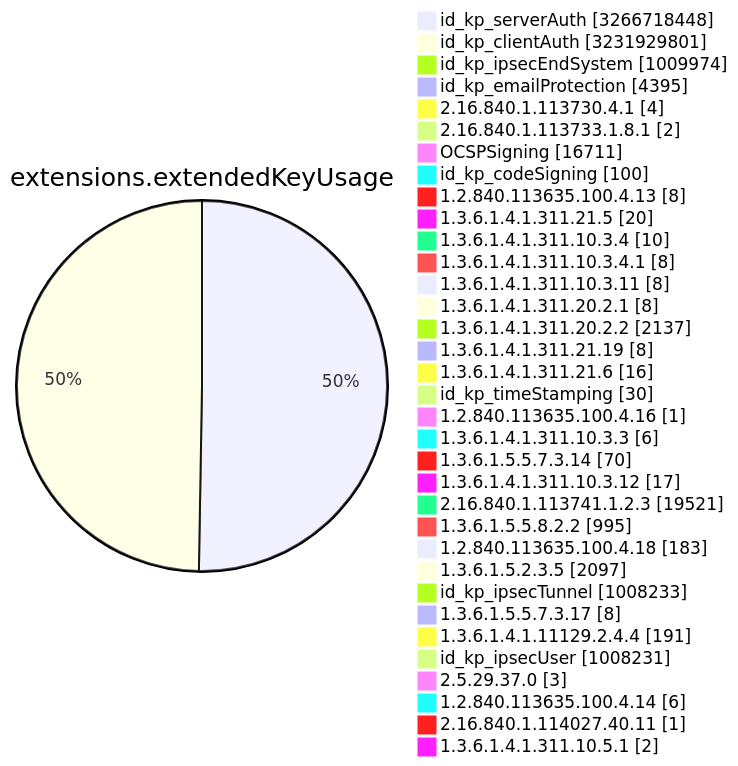
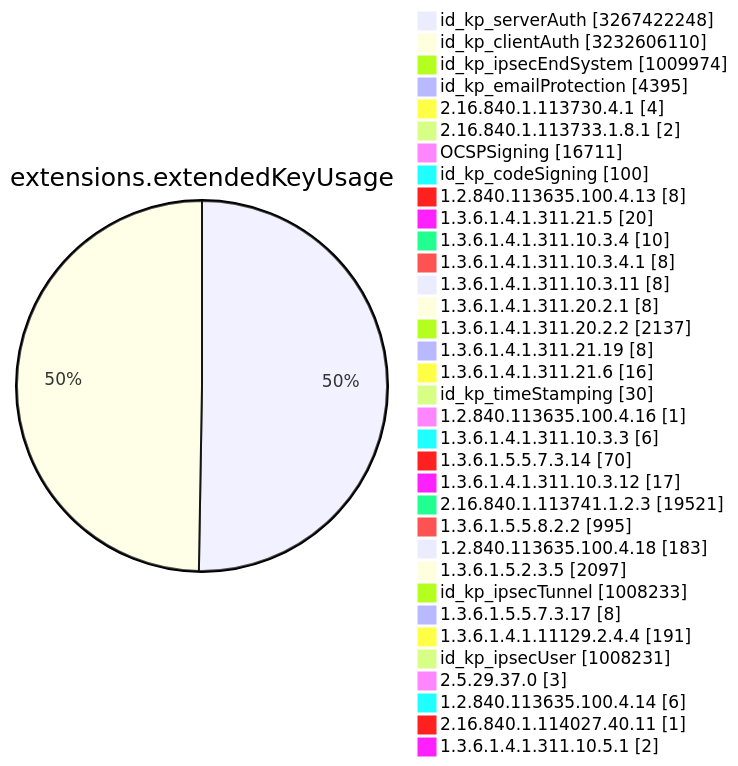
Before and after one commit to christiankrug/ctmonitor_visualization: diagram 11 of 15 in TOTAL/README.md, drawn with Mermaid. The commit also changed other lines of this file, not shown here.

````diff
--- a/TOTAL/README.md
+++ b/TOTAL/README.md
@@ -4119,38 +4119,38 @@
 ```mermaid
 pie showData
 title extensions.extendedKeyUsage
-"id_kp_serverAuth" :3266718448
-"id_kp_clientAuth" :3231929801
+"id_kp_serverAuth" :3267422248
+"id_kp_clientAuth" :3232606110
 "id_kp_ipsecEndSystem" :1009974
 "id_kp_emailProtection" :4395
 "2.16.840.1.113730.4.1" :4
 "2.16.840.1.113733.1.8.1" :2
 "OCSPSigning" :16711
 "id_kp_codeSigning" :100
 "1.2.840.113635.100.4.13" :8
 "1.3.6.1.4.1.311.21.5" :20
 "1.3.6.1.4.1.311.10.3.4" :10
 "1.3.6.1.4.1.311.10.3.4.1" :8
 "1.3.6.1.4.1.311.10.3.11" :8
 "1.3.6.1.4.1.311.20.2.1" :8
 "1.3.6.1.4.1.311.20.2.2" :2137
 "1.3.6.1.4.1.311.21.19" :8
 "1.3.6.1.4.1.311.21.6" :16
 "id_kp_timeStamping" :30
 "1.2.840.113635.100.4.16" :1
 "1.3.6.1.4.1.311.10.3.3" :6
 "1.3.6.1.5.5.7.3.14" :70
 "1.3.6.1.4.1.311.10.3.12" :17
 "2.16.840.1.113741.1.2.3" :19521
 "1.3.6.1.5.5.8.2.2" :995
 "1.2.840.113635.100.4.18" :183
 "1.3.6.1.5.2.3.5" :2097
 "id_kp_ipsecTunnel" :1008233
 "1.3.6.1.5.5.7.3.17" :8
 "1.3.6.1.4.1.11129.2.4.4" :191
 "id_kp_ipsecUser" :1008231
 "2.5.29.37.0" :3
 "1.2.840.113635.100.4.14" :6
 "2.16.840.1.114027.40.11" :1
 "1.3.6.1.4.1.311.10.5.1" :2
 ```
````
